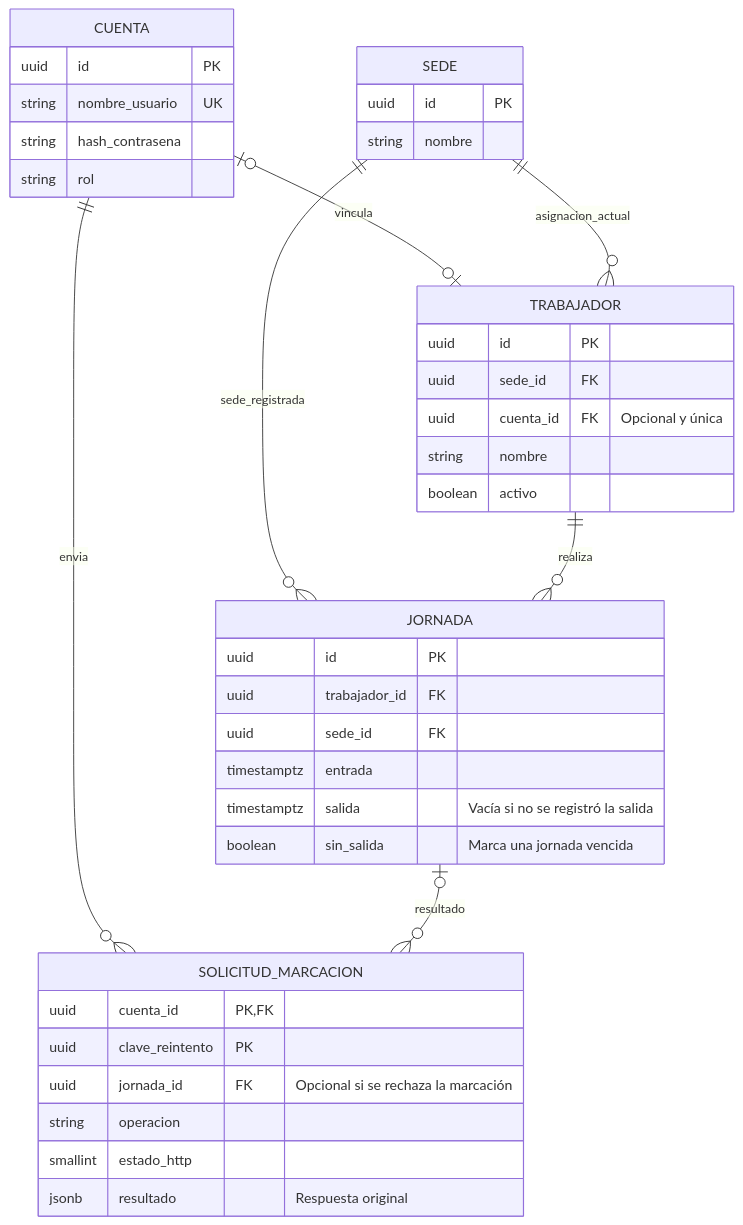
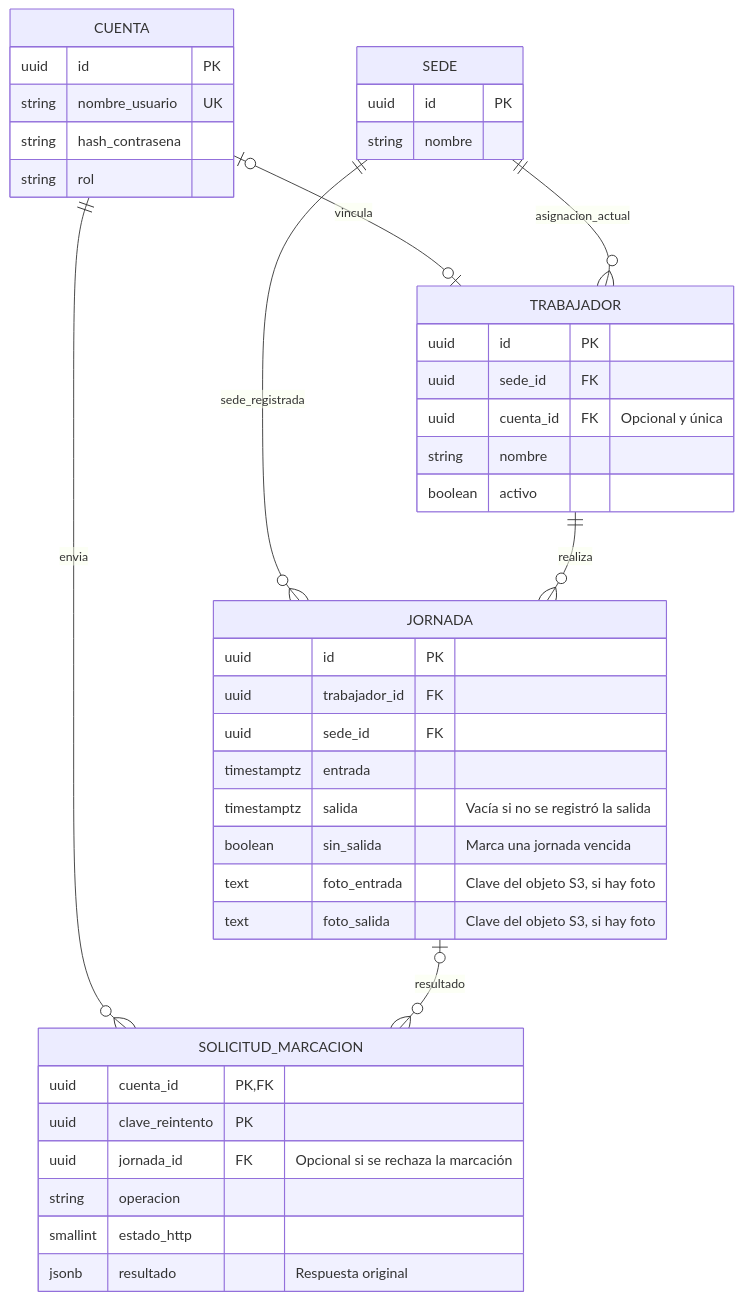
Before and after one commit to steveespinoza/SISTEMA_ASISTENCIA: the second of 3 diagrams in docs/arquitectura.md, drawn with Mermaid. The commit also changed other lines of this file and 19 other files, not shown here.

Commit message:
feat: registra entrada y salida con foto

````diff
--- a/docs/arquitectura.md
+++ b/docs/arquitectura.md
@@ -30,47 +30,49 @@
 ```mermaid
 erDiagram
     CUENTA o|--o| TRABAJADOR : vincula
     SEDE ||--o{ TRABAJADOR : asignacion_actual
     SEDE ||--o{ JORNADA : sede_registrada
     TRABAJADOR ||--o{ JORNADA : realiza
     CUENTA ||--o{ SOLICITUD_MARCACION : envia
     JORNADA o|--o{ SOLICITUD_MARCACION : resultado
 
     CUENTA {
         uuid id PK
         string nombre_usuario UK
         string hash_contrasena
         string rol
     }
 
     TRABAJADOR {
         uuid id PK
         uuid sede_id FK
         uuid cuenta_id FK "Opcional y única"
         string nombre
         boolean activo
     }
 
     SEDE {
         uuid id PK
         string nombre
     }
 
     JORNADA {
         uuid id PK
         uuid trabajador_id FK
         uuid sede_id FK
         timestamptz entrada
         timestamptz salida "Vacía si no se registró la salida"
         boolean sin_salida "Marca una jornada vencida"
+        text foto_entrada "Clave del objeto S3, si hay foto"
+        text foto_salida "Clave del objeto S3, si hay foto"
     }
 
     SOLICITUD_MARCACION {
         uuid cuenta_id PK, FK
         uuid clave_reintento PK
         uuid jornada_id FK "Opcional si se rechaza la marcación"
         string operacion
         smallint estado_http
         jsonb resultado "Respuesta original"
     }
 ```
````
